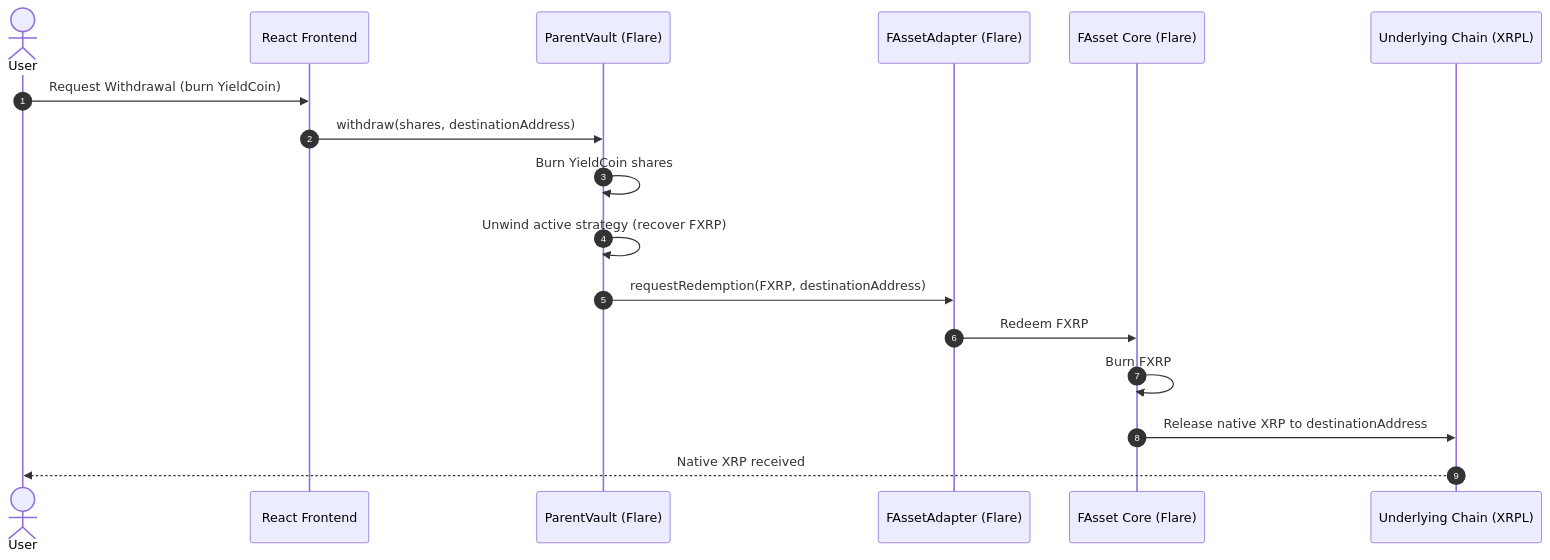
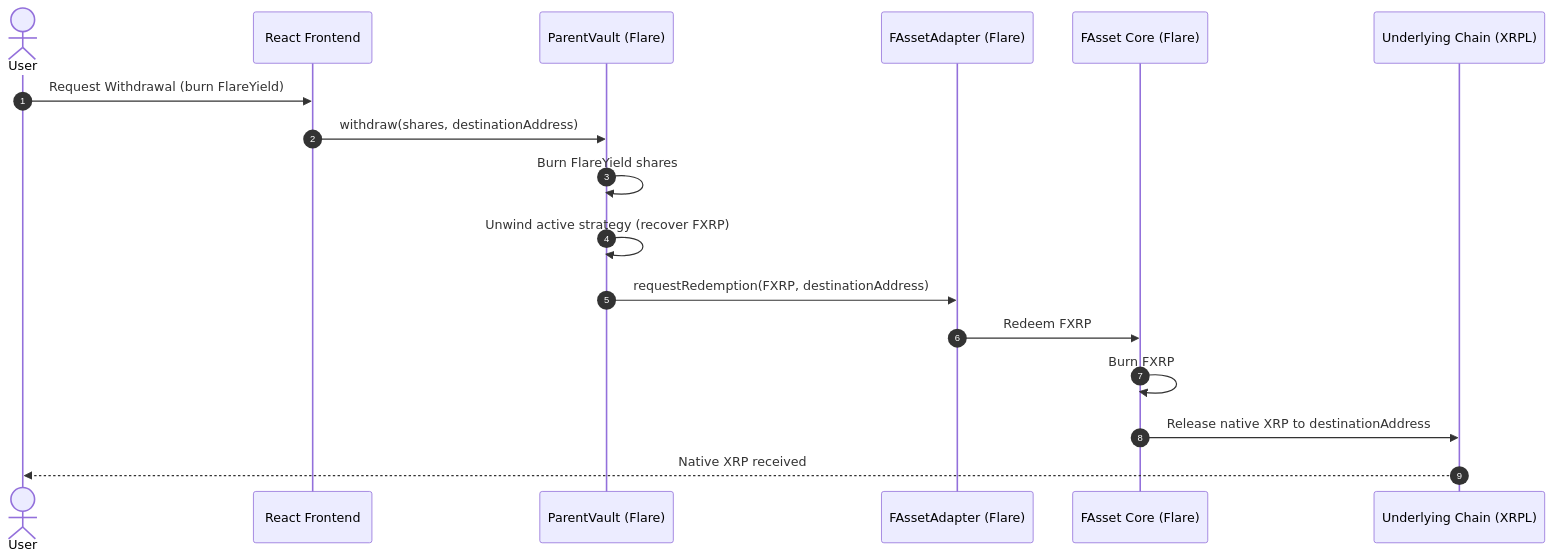
The fourth of 4 diagrams in docs/platform_overview.md (ola-893/Yieldflare), drawn with Mermaid before and after one commit. The commit also changed other lines of this file and 6 other files, not shown here.

Commit message:
docs: update system architecture and hackathon documentation

````diff
--- a/docs/platform_overview.md
+++ b/docs/platform_overview.md
@@ -95,23 +95,23 @@
 ```mermaid
 sequenceDiagram
     autonumber
     actor User as User
     participant UI as React Frontend
     participant FlareVault as ParentVault (Flare)
     participant FAssetAdapter as FAssetAdapter (Flare)
     participant FAssetSystem as FAsset Core (Flare)
     participant Underlying as Underlying Chain (XRPL)
 
-    User->>UI: Request Withdrawal (burn YieldCoin)
+    User->>UI: Request Withdrawal (burn FlareYield)
     UI->>FlareVault: withdraw(shares, destinationAddress)
     
-    FlareVault->>FlareVault: Burn YieldCoin shares
+    FlareVault->>FlareVault: Burn FlareYield shares
     FlareVault->>FlareVault: Unwind active strategy (recover FXRP)
     
     FlareVault->>FAssetAdapter: requestRedemption(FXRP, destinationAddress)
     FAssetAdapter->>FAssetSystem: Redeem FXRP
     
     FAssetSystem->>FAssetSystem: Burn FXRP
     FAssetSystem->>Underlying: Release native XRP to destinationAddress
     Underlying-->>User: Native XRP received
 ```
````
